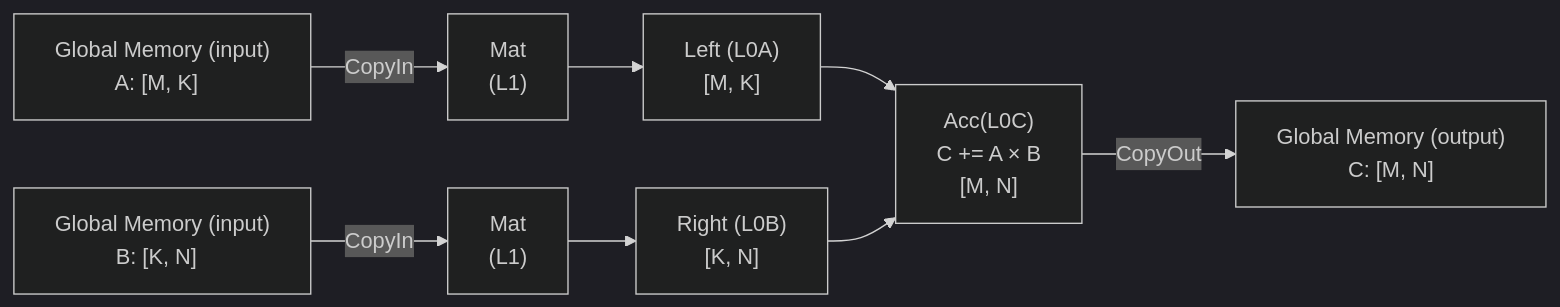
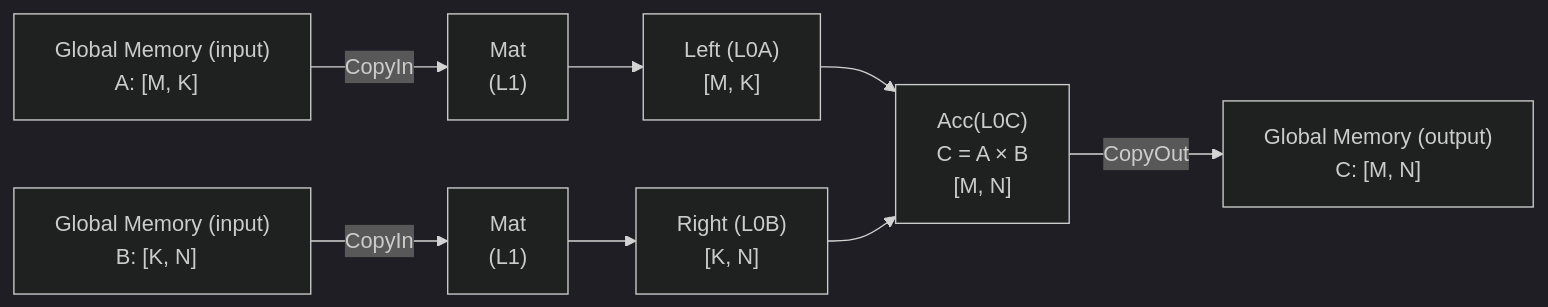
One commit to hicann/pypto changed the diagram in docs/zh/pypto_pro/tutorials/quick_start/Matmul_operator_quick_start.md. Above: the diagram before and after it, drawn with Mermaid (dark theme). The commit also changed other lines of this file and 71 other files, not shown here.

````diff
--- a/docs/zh/pypto_pro/tutorials/quick_start/Matmul_operator_quick_start.md
+++ b/docs/zh/pypto_pro/tutorials/quick_start/Matmul_operator_quick_start.md
@@ -50,14 +68,14 @@
 ```mermaid
 flowchart LR
     GM_IN_A["Global Memory (input)<br/>A: [M, K] &nbsp;"]
     GM_IN_B["Global Memory (input)<br/>B: [K, N] &nbsp;"]
     GM_IN_A -->|CopyIn| MAT_A["Mat<br/>(L1)"]
- GM_IN_B -->|CopyIn| MAT_B["Mat<br/>(L1)"]
+    GM_IN_B -->|CopyIn| MAT_B["Mat<br/>(L1)"]
     MAT_A --> LEFT["Left (L0A)<br/> [M, K]"]
     MAT_B --> RIGHT["Right (L0B)<br/> [K, N]"]
 
-    LEFT --> ACC["Acc(L0C)<br/>C += A &times; B<br/>[M, N]"]
+    LEFT --> ACC["Acc(L0C)<br/>C = A &times; B<br/>[M, N]"]
     RIGHT --> ACC
 
     ACC -->|CopyOut| GM_OUT["Global Memory (output)<br/>C: [M, N]"]
 ```
````
